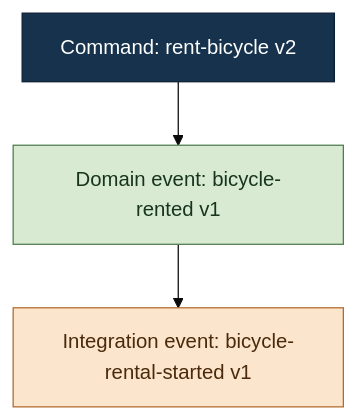
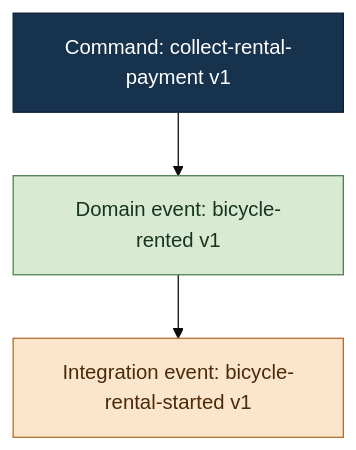
Before and after one commit to elbLabs/rostfrei: the diagram in .agents/skills/rostfrei-tracer/SKILL.md, drawn with Mermaid (base theme). The commit also changed 231 other files, not shown here.

First line of the commit message:
feat(bike-rental): showcase reservations, payments, refunds and workshop flows (#146)

````diff
--- a/.agents/skills/rostfrei-tracer/SKILL.md
+++ b/.agents/skills/rostfrei-tracer/SKILL.md
@@ -409,14 +409,14 @@
 ```mermaid
 flowchart TD
-  n0["Command: rent-bicycle v2"]
+  n0["Command: collect-rental-payment v1"]
   n1["Domain event: bicycle-rented v1"]
   n2["Integration event: bicycle-rental-started v1"]
   n0 --> n1
   n1 --> n2
   class n0 command
   class n1 domainEvent
   class n2 integrationEvent
   classDef command fill:#17324d,color:#ffffff,stroke:#0b1f33
   classDef domainEvent fill:#d9ead3,color:#17351d,stroke:#4f7d4f
   classDef integrationEvent fill:#fce5cd,color:#4a2a0a,stroke:#b26b2f
 ```
````
